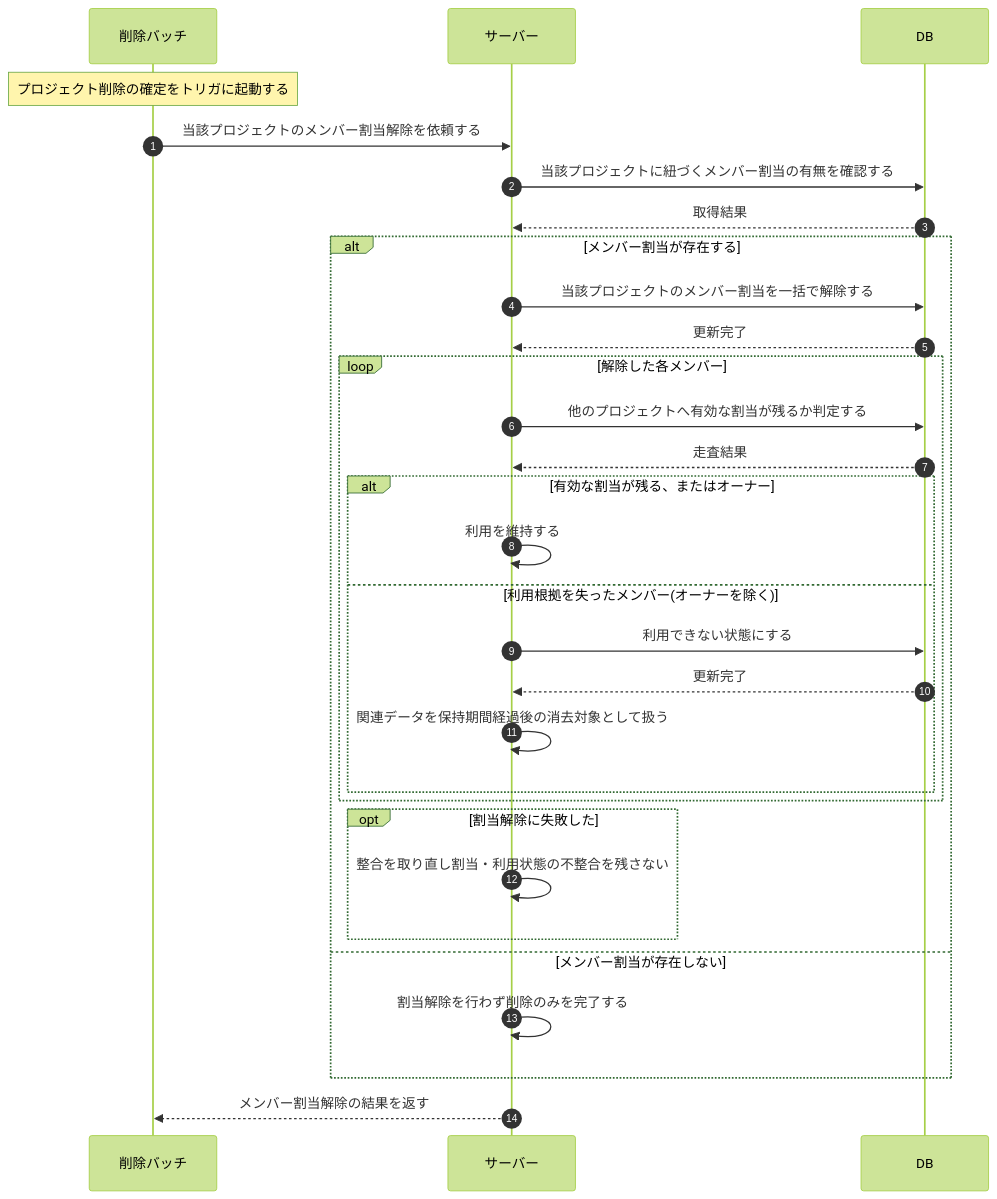
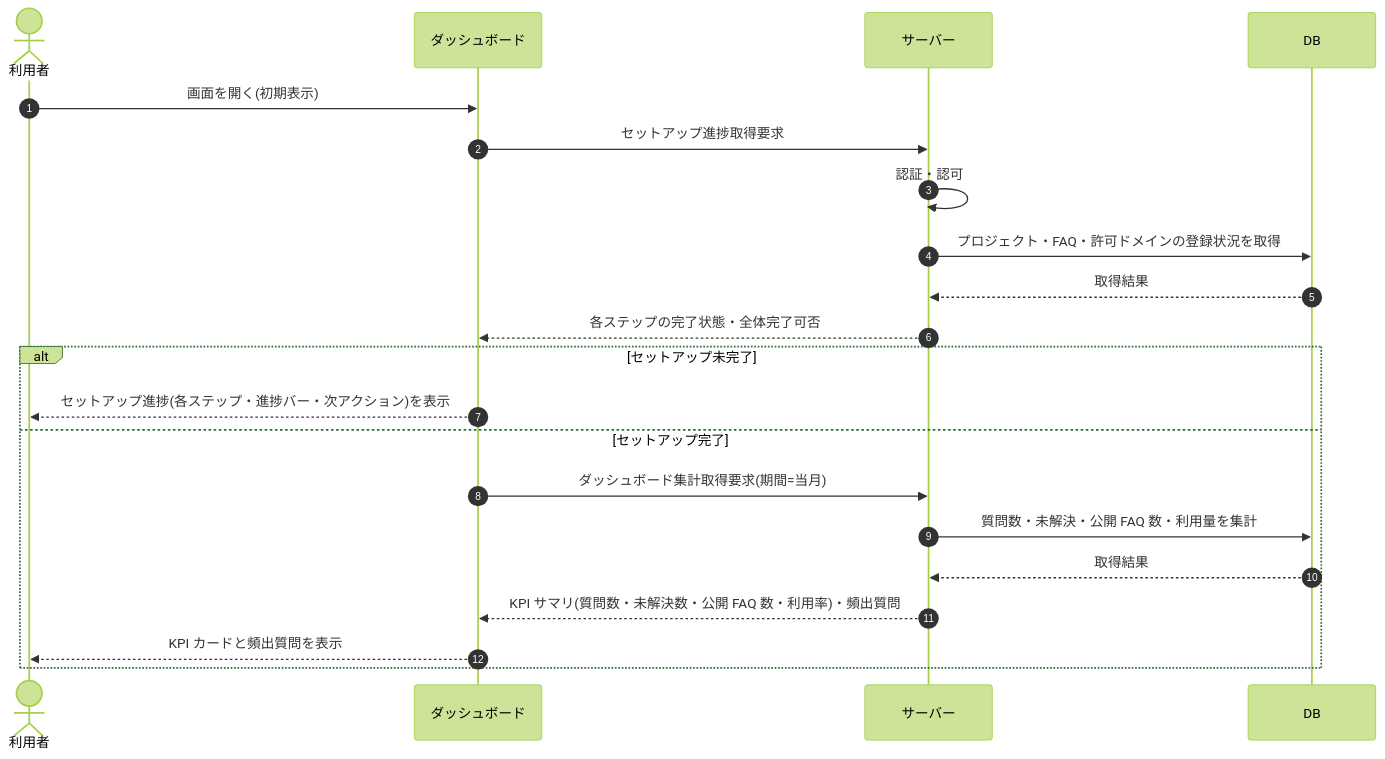
One commit to sikakou54/open-faq changed the diagram in 02_basic_design/03_sequences/SEQ-119.md. Above: the diagram before and after it, drawn with Mermaid (forest theme). The commit also changed other lines of this file and 395 other files, not shown here.

````diff
--- a/02_basic_design/03_sequences/SEQ-119.md
+++ b/02_basic_design/03_sequences/SEQ-119.md
@@ -25,32 +25,23 @@
 ```mermaid
 sequenceDiagram
   autonumber
-  participant B as 削除バッチ
+  actor U as 利用者
+  participant Screen as ダッシュボード
   participant Server as サーバー
   participant DB as DB
-  Note over B: プロジェクト削除の確定をトリガに起動する
-  B->>Server: 当該プロジェクトのメンバー割当解除を依頼する
-  Server->>DB: 当該プロジェクトに紐づくメンバー割当の有無を確認する
+  U->>Screen: 画面を開く(初期表示)
+  Screen->>Server: セットアップ進捗取得要求
+  Server->>Server: 認証・認可
+  Server->>DB: プロジェクト・FAQ・許可ドメインの登録状況を取得
   DB-->>Server: 取得結果
-  alt メンバー割当が存在する
-    Server->>DB: 当該プロジェクトのメンバー割当を一括で解除する
-    DB-->>Server: 更新完了
-    loop 解除した各メンバー
-      Server->>DB: 他のプロジェクトへ有効な割当が残るか判定する
-      DB-->>Server: 走査結果
-      alt 有効な割当が残る、またはオーナー
-        Server->>Server: 利用を維持する
-      else 利用根拠を失ったメンバー(オーナーを除く)
-        Server->>DB: 利用できない状態にする
-        DB-->>Server: 更新完了
-        Server->>Server: 関連データを保持期間経過後の消去対象として扱う
-      end
-    end
-    opt 割当解除に失敗した
-      Server->>Server: 整合を取り直し割当・利用状態の不整合を残さない
-    end
-  else メンバー割当が存在しない
-    Server->>Server: 割当解除を行わず削除のみを完了する
+  Server-->>Screen: 各ステップの完了状態・全体完了可否
+  alt セットアップ未完了
+    Screen-->>U: セットアップ進捗(各ステップ・進捗バー・次アクション)を表示
+  else セットアップ完了
+    Screen->>Server: ダッシュボード集計取得要求(期間=当月)
+    Server->>DB: 質問数・未解決・公開 FAQ 数・利用量を集計
+    DB-->>Server: 取得結果
+    Server-->>Screen: KPI サマリ(質問数・未解決数・公開 FAQ 数・利用率)・頻出質問
+    Screen-->>U: KPI カードと頻出質問を表示
   end
-  Server-->>B: メンバー割当解除の結果を返す
 ```
````
